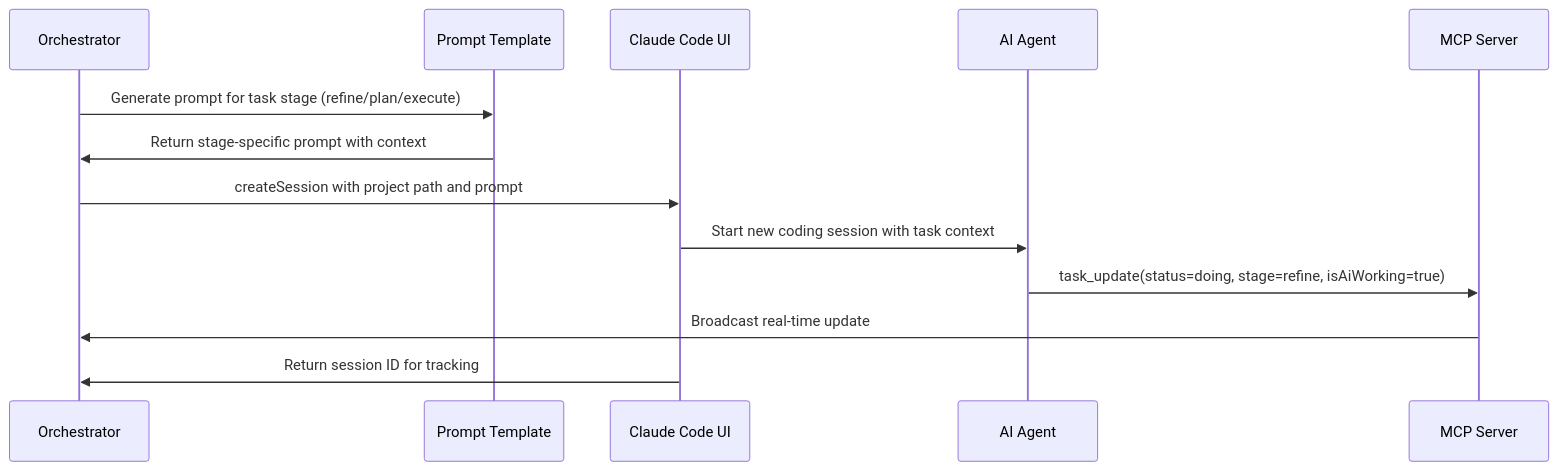
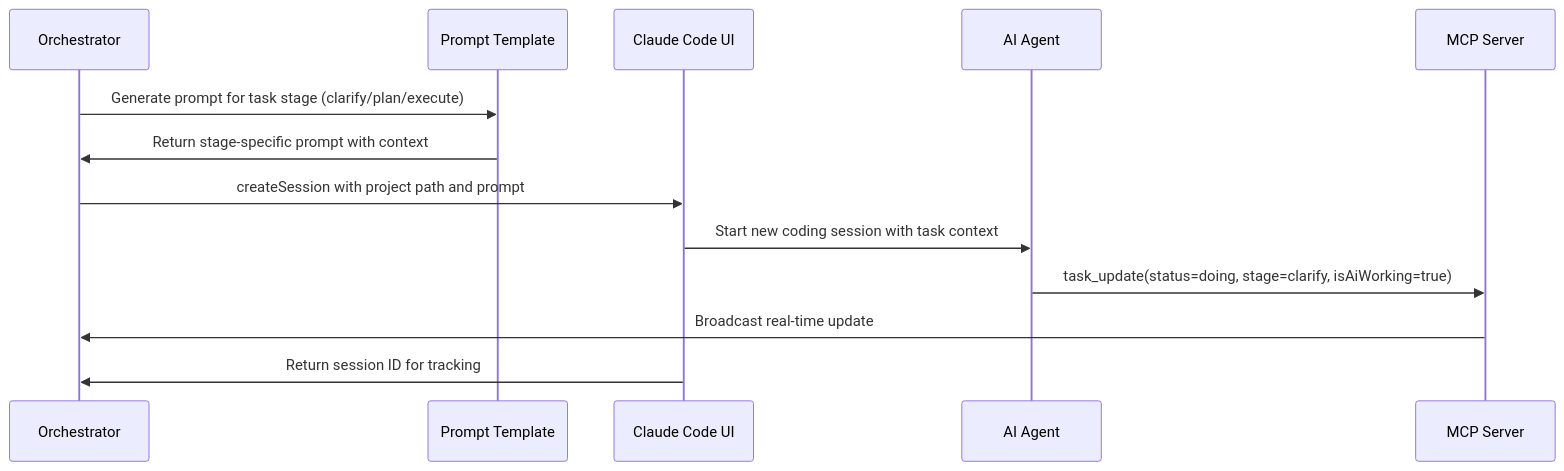
The fifth of 7 diagrams in docs/feature-flows/ai-orchestration.md (ivawzh/v0-bun-hono-tanstack-router), drawn with Mermaid before and after one commit. The commit also changed other lines of this file and 32 other files, not shown here.

````diff
--- a/docs/feature-flows/ai-orchestration.md
+++ b/docs/feature-flows/ai-orchestration.md
@@ -211,16 +211,16 @@
 ```mermaid
 sequenceDiagram
     participant O as Orchestrator
     participant PT as Prompt Template
     participant CC as Claude Code UI
     participant AI as AI Agent
     participant MCP as MCP Server
 
-    O->>PT: Generate prompt for task stage (refine/plan/execute)
+    O->>PT: Generate prompt for task stage (clarify/plan/execute)
     PT->>O: Return stage-specific prompt with context
     O->>CC: createSession with project path and prompt
     CC->>AI: Start new coding session with task context
-    AI->>MCP: task_update(status=doing, stage=refine, isAiWorking=true)
+    AI->>MCP: task_update(status=doing, stage=clarify, isAiWorking=true)
     MCP->>O: Broadcast real-time update
     CC->>O: Return session ID for tracking
 ```
````
